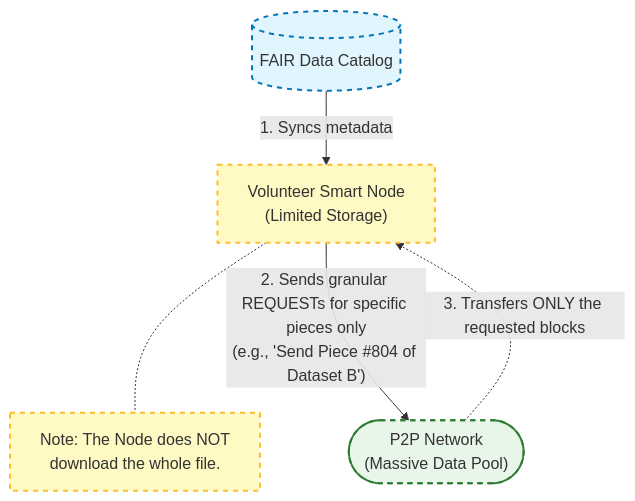
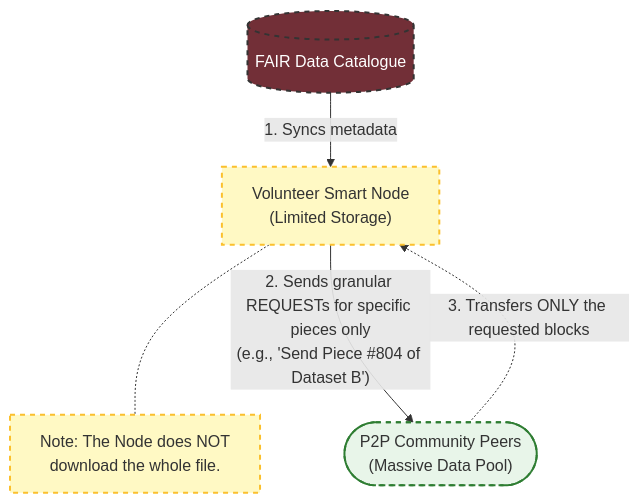
One commit to dataforcanada/www.dataforcanada.org changed the second of 2 diagrams in content/docs/dissemination/_index.md. Above: the diagram before and after it, drawn with Mermaid. The commit also changed other lines of this file and 1 other file, not shown here.

Commit message:
Color code priorities on high-level overview diagram

````diff
--- a/content/docs/dissemination/_index.md
+++ b/content/docs/dissemination/_index.md
@@ -132,26 +142,26 @@
 ```mermaid
 graph TD
-    %% Node Definitions with custom labels
-    Catalog[("FAIR Data Catalog")]
+    Catalogue[("FAIR Data Catalogue")]
     SmartNode["Volunteer Smart Node<br/>(Limited Storage)"]
-    BTNetwork(["P2P Network<br/>(Massive Data Pool)"])
+    BTNetwork(["P2P Community Peers<br/>(Massive Data Pool)"])
 
-    %% The Process Flow
-    Catalog -->|"1. Syncs metadata"| SmartNode
+    Catalogue -->|"1. Syncs metadata"| SmartNode
     
     note["Note: The Node does NOT<br/>download the whole file."]
     SmartNode -.- note
 
     SmartNode -->|"2. Sends granular REQUESTs for specific pieces only<br/>(e.g., 'Send Piece #804 of Dataset B')"| BTNetwork
     
     BTNetwork -.->|"3. Transfers ONLY the requested blocks"| SmartNode
 
-    %% Optional Styling for visual clarity
-    classDef central fill:#e1f5fe,stroke:#0277bd,stroke-width:2px;
+    classDef central fill:#722F37,stroke:#333,stroke-width:2px,color:#fff; 
     classDef node fill:#fff9c4,stroke:#fbc02d,stroke-width:2px,stroke-dasharray: 5 5;
     classDef network fill:#e8f5e9,stroke:#2e7d32,stroke-width:2px;
     
-    class Catalog central;
+    class Catalogue central;
     class SmartNode node;
     class BTNetwork network;
+
+    click Catalogue "https://stac-utils.github.io/stac-geoparquet/latest/spec/stac-geoparquet-spec/";
+    click SmartNode "https://www.dataforcanada.org/infrastructure/";
 ```
````
